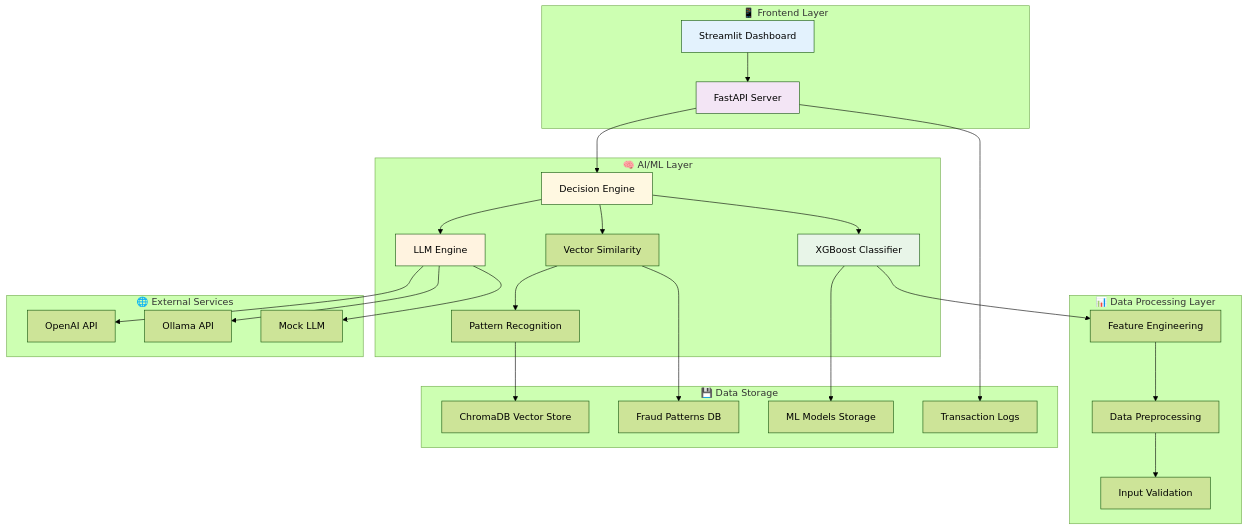
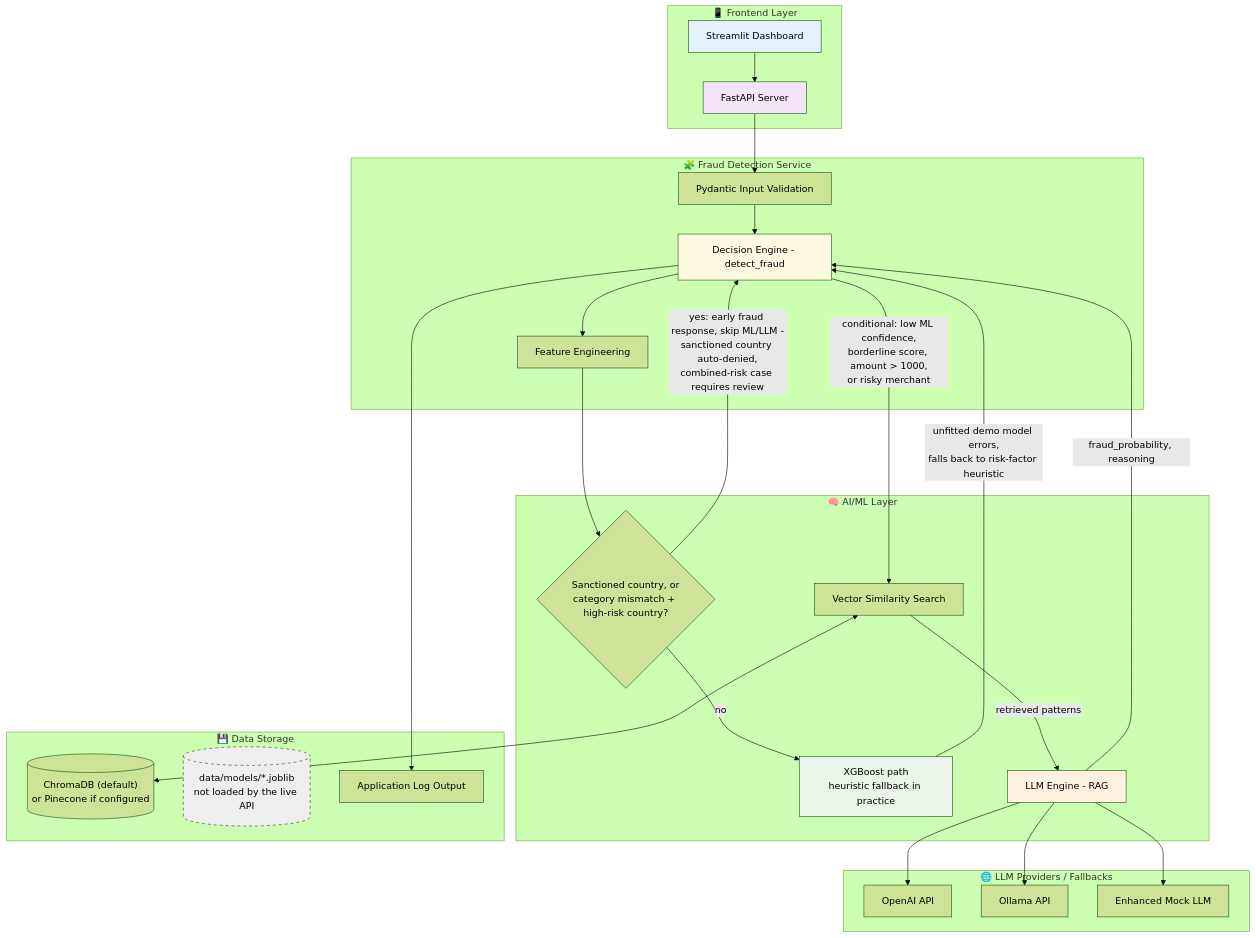
Before and after one commit to guruthanglearning/AILearning: the second of 5 diagrams in MLProjects/creditcardfrauddetection/README.md, drawn with Mermaid (forest theme). The commit also changed other lines of this file, not shown here.

First paragraph of the commit message:
Fix creditcardfrauddetection System Architecture Diagram (#9)
* Fix System Architecture Diagram in creditcardfrauddetection README

````diff
--- a/MLProjects/creditcardfrauddetection/README.md
+++ b/MLProjects/creditcardfrauddetection/README.md
@@ -1626,60 +1626,58 @@
 ```mermaid
 graph TB
     subgraph "📱 Frontend Layer"
         UI[Streamlit Dashboard]
         API[FastAPI Server]
     end
-    
+
+    subgraph "🧩 Fraud Detection Service"
+        VALIDATION[Pydantic Input Validation]
+        DECISION[Decision Engine - detect_fraud]
+        FEATURE[Feature Engineering]
+    end
+
     subgraph "🧠 AI/ML Layer"
-        XGB[XGBoost Classifier]
-        LLM[LLM Engine]
-        VECTOR[Vector Similarity]
-        PATTERN[Pattern Recognition]
-        DECISION[Decision Engine]
+        HARDBLOCK{Sanctioned country, or<br/>category mismatch + high-risk country?}
+        XGB[XGBoost path<br/>heuristic fallback in practice]
+        VECTOR[Vector Similarity Search]
+        LLM[LLM Engine - RAG]
     end
-    
-    subgraph "📊 Data Processing Layer"
-        FEATURE[Feature Engineering]
-        PREPROCESS[Data Preprocessing]
-        VALIDATION[Input Validation]
-    end
-    
-    subgraph "🌐 External Services"
+
+    subgraph "🌐 LLM Providers / Fallbacks"
         OPENAI[OpenAI API]
         OLLAMA[Ollama API]
-        MOCK[Mock LLM]
+        MOCK[Enhanced Mock LLM]
     end
-    
+
     subgraph "💾 Data Storage"
-        CHROMA[ChromaDB Vector Store]
-        PATTERNS[Fraud Patterns DB]
-        MODELS[ML Models Storage]
-        LOGS[Transaction Logs]
+        CHROMA[("ChromaDB (default)<br/>or Pinecone if configured")]
+        MODELS[("data/models/*.joblib<br/>not loaded by the live API")]
+        LOGS[Application Log Output]
     end
-    
+
     UI --> API
-    API --> DECISION
-    DECISION --> XGB
-    DECISION --> LLM
-    DECISION --> VECTOR
-    
-    XGB --> FEATURE
-    VECTOR --> PATTERN
+    API --> VALIDATION
+    VALIDATION --> DECISION
+    DECISION --> FEATURE
+    FEATURE --> HARDBLOCK
+    HARDBLOCK -->|"yes: early fraud response, skip ML/LLM -<br/>sanctioned country auto-denied,<br/>combined-risk case requires review"| DECISION
+    HARDBLOCK -->|no| XGB
+    XGB -->|"unfitted demo model errors,<br/>falls back to risk-factor heuristic"| DECISION
+
+    DECISION -->|"conditional: low ML confidence,<br/>borderline score, amount > 1000,<br/>or risky merchant"| VECTOR
+    VECTOR <--> CHROMA
+    VECTOR -->|retrieved patterns| LLM
     LLM --> OPENAI
     LLM --> OLLAMA
     LLM --> MOCK
-    
-    FEATURE --> PREPROCESS
-    PREPROCESS --> VALIDATION
-    PATTERN --> CHROMA
-    
-    XGB --> MODELS
-    VECTOR --> PATTERNS
-    API --> LOGS
-    
+    LLM -->|fraud_probability, reasoning| DECISION
+
+    DECISION --> LOGS
+
     style UI fill:#e3f2fd
     style API fill:#f3e5f5
     style XGB fill:#e8f5e8
     style LLM fill:#fff3e0
     style DECISION fill:#fff8e1
+    style MODELS fill:#eeeeee,stroke-dasharray: 5 5
 ```
````
